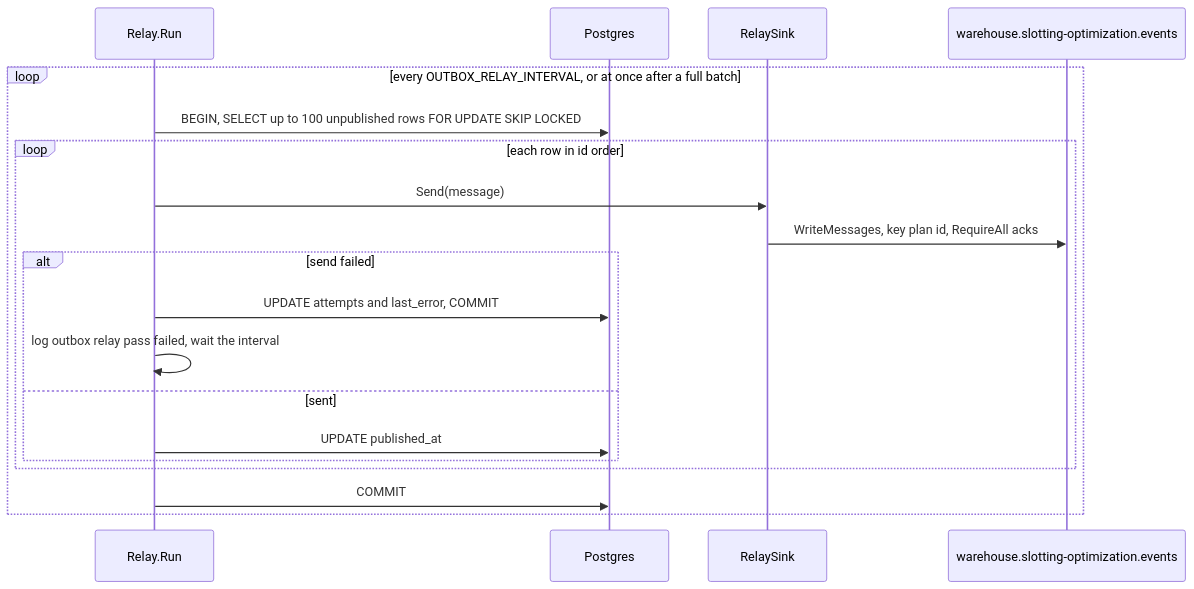
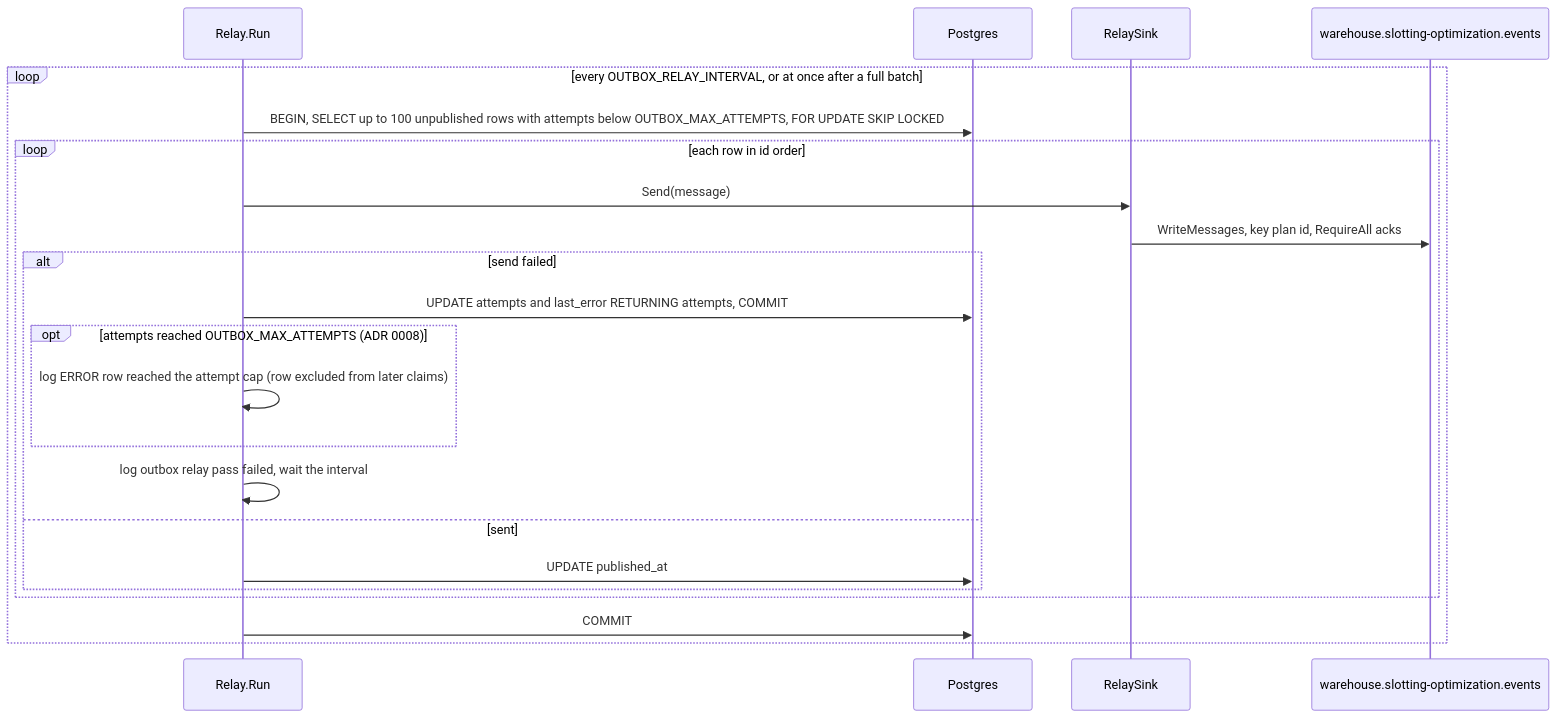
The fourth of 4 diagrams in docs/docs/ddd/sequence-diagrams.md (IQVO/slotting-optimization), drawn with Mermaid before and after one commit. The commit also changed 23 other files, not shown here.

First line of the commit message:
fix(outbox): cap relay attempts per row with OUTBOX_MAX_ATTEMPTS (D12)

````diff
--- a/docs/docs/ddd/sequence-diagrams.md
+++ b/docs/docs/ddd/sequence-diagrams.md
@@ -135,21 +135,24 @@
 ```mermaid
 sequenceDiagram
     participant R as Relay.Run
     participant DB as Postgres
     participant S as RelaySink
     participant K as warehouse.slotting-optimization.events
     loop every OUTBOX_RELAY_INTERVAL, or at once after a full batch
-        R->>DB: BEGIN, SELECT up to 100 unpublished rows FOR UPDATE SKIP LOCKED
+        R->>DB: BEGIN, SELECT up to 100 unpublished rows with attempts below OUTBOX_MAX_ATTEMPTS, FOR UPDATE SKIP LOCKED
         loop each row in id order
             R->>S: Send(message)
             S->>K: WriteMessages, key plan id, RequireAll acks
             alt send failed
-                R->>DB: UPDATE attempts and last_error, COMMIT
+                R->>DB: UPDATE attempts and last_error RETURNING attempts, COMMIT
+                opt attempts reached OUTBOX_MAX_ATTEMPTS (ADR 0008)
+                    R->>R: log ERROR row reached the attempt cap (row excluded from later claims)
+                end
                 R->>R: log outbox relay pass failed, wait the interval
             else sent
                 R->>DB: UPDATE published_at
             end
         end
         R->>DB: COMMIT
     end
 ```
````
